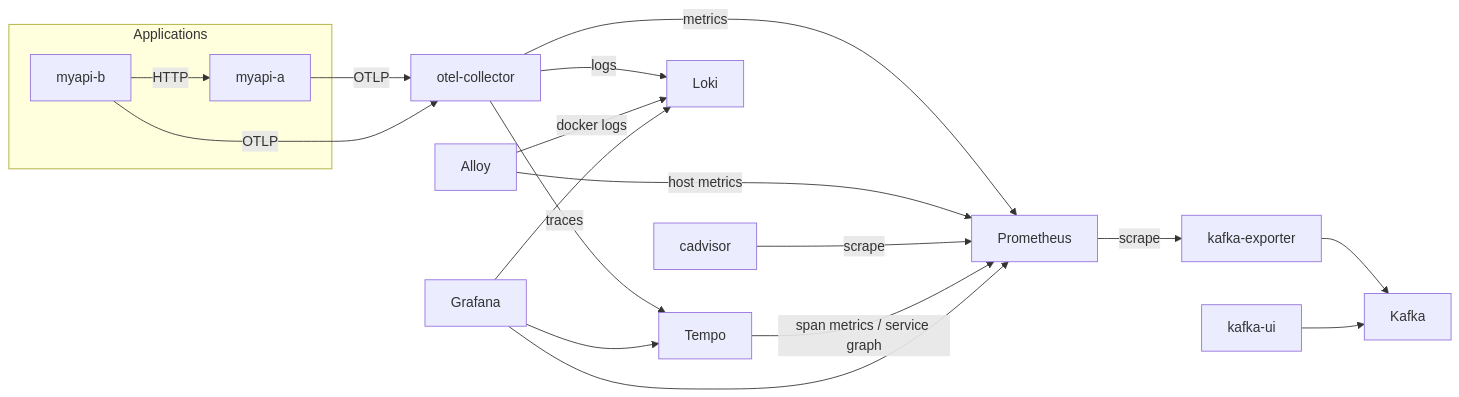
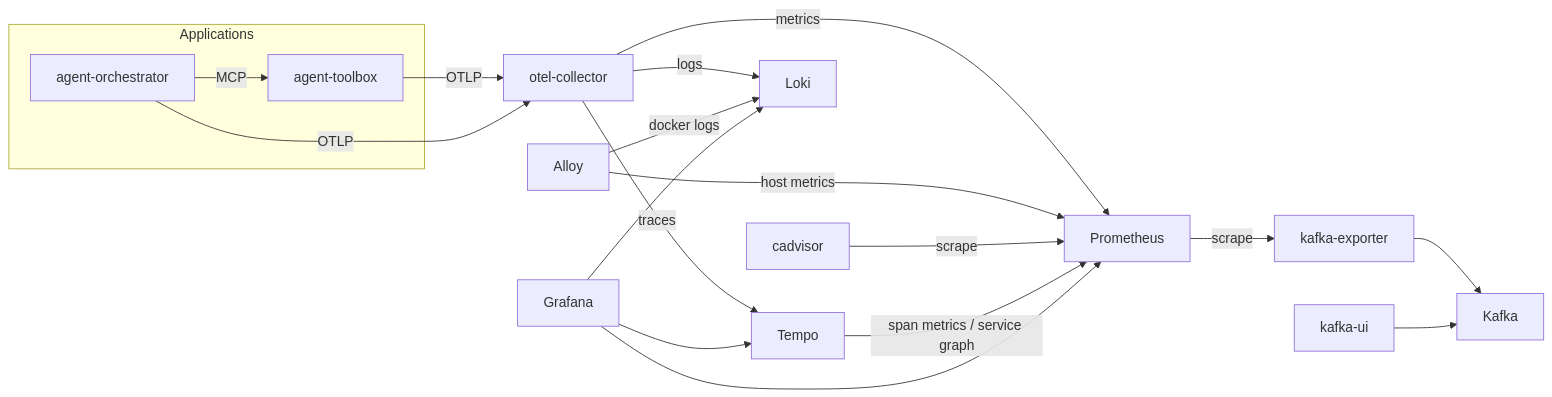
One commit to s-toufik/homelab-infra changed the diagram in README.md. Above: the diagram before and after it, drawn with Mermaid. The commit also changed other lines of this file and 16 other files, not shown here.

First line of the commit message:
feat(ops): replace demo APIs with real agent-toolbox and agent-orchestrator services

````diff
--- a/README.md
+++ b/README.md
@@ -10,17 +10,18 @@
 ```mermaid
 flowchart LR
   subgraph apps[Applications]
-    B[myapi-b] -->|HTTP| A[myapi-a]
+    TB[agent-toolbox]
+    AG[agent-orchestrator] -->|MCP| TB
   end
-  A & B -->|OTLP| OC[otel-collector]
+  TB & AG -->|OTLP| OC[otel-collector]
   OC -->|traces| T[Tempo]
   OC -->|metrics| P[Prometheus]
   OC -->|logs| L[Loki]
   AL[Alloy] -->|host metrics| P
   AL -->|docker logs| L
   CA[cadvisor] -->|scrape| P
   T -->|span metrics / service graph| P
   P -->|scrape| KE[kafka-exporter] --> K[Kafka]
   KU[kafka-ui] --> K
   G[Grafana] --> P & L & T
 ```
````
